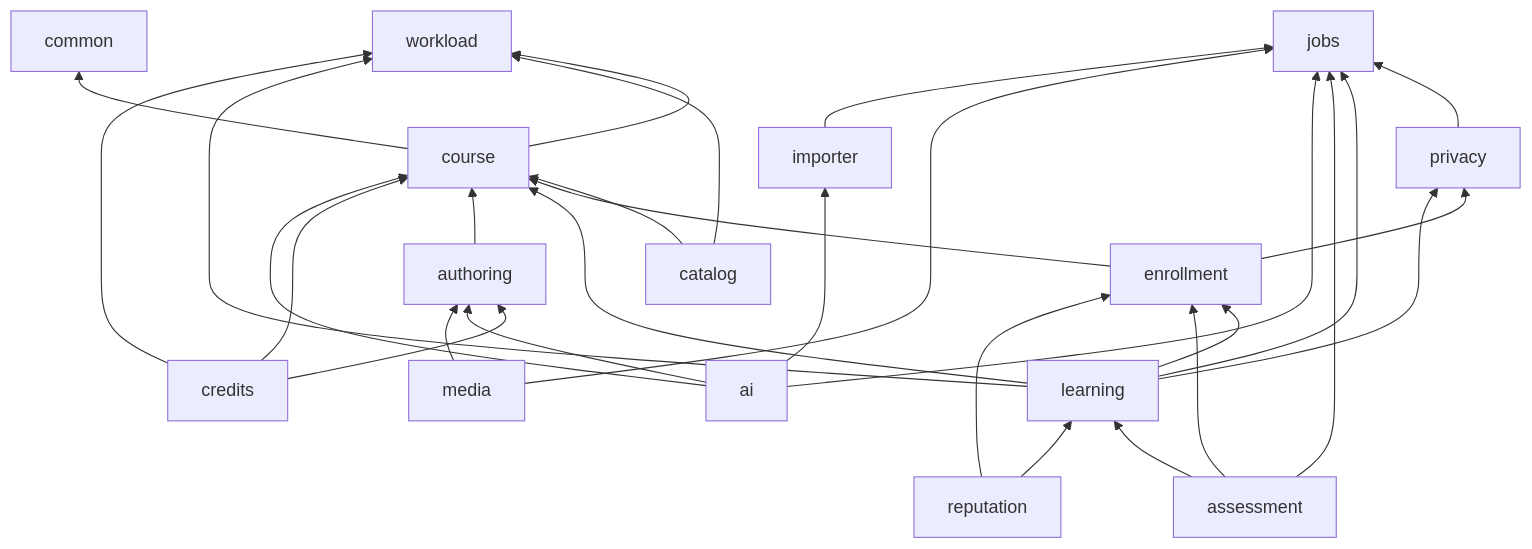
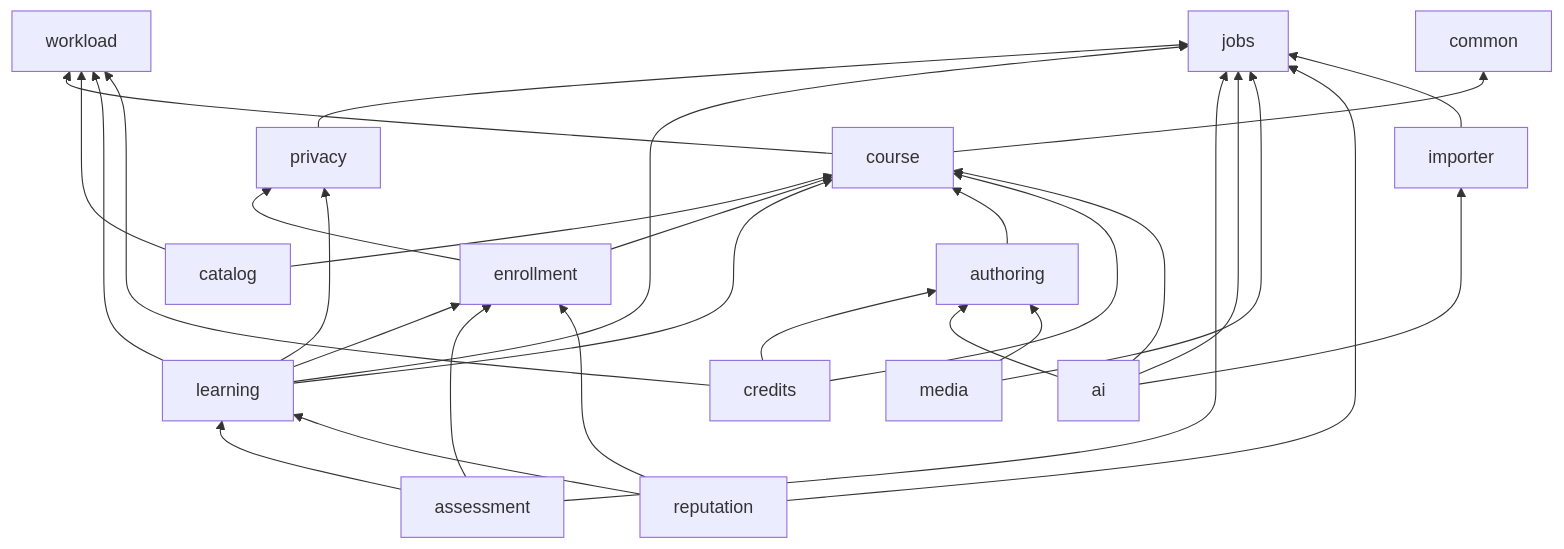
One commit to wasichai/elearning-backend changed the second of 3 diagrams in docs/architecture/overview.md. Above: the diagram before and after it, drawn with Mermaid. The commit also changed 15 other files, not shown here.

````diff
--- a/docs/architecture/overview.md
+++ b/docs/architecture/overview.md
@@ -115,35 +115,36 @@
 ```mermaid
 flowchart BT
     common
     workload
     jobs
     course --> common
     course --> workload
     catalog --> course
     catalog --> workload
     enrollment --> course
     enrollment --> privacy
     privacy --> jobs
     learning --> enrollment
     learning --> course
     learning --> workload
     learning --> jobs
     learning --> privacy
     assessment --> learning
     assessment --> enrollment
     assessment --> jobs
     authoring --> course
     credits --> authoring
     credits --> course
     credits --> workload
     importer
     ai --> authoring
     ai --> course
     ai --> importer
     ai --> jobs
     media --> authoring
     media --> jobs
     reputation --> enrollment
     reputation --> learning
+    reputation --> jobs
     importer --> jobs
 ```
````
